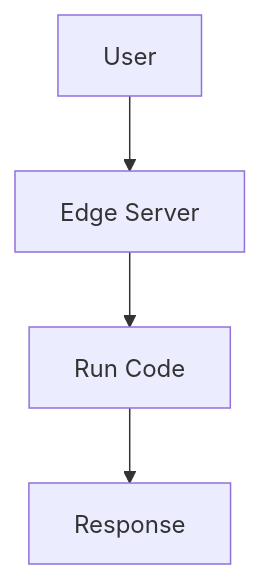
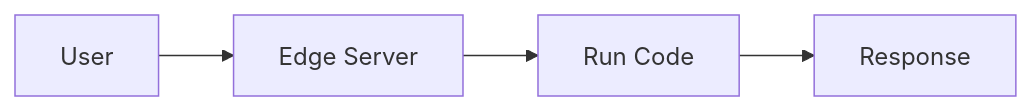
The sixth of 12 diagrams in content/articles/capitulo-1.md (AlexJYad/F5-web-knowledge), drawn with Mermaid before and after one commit. The commit also changed other lines of this file, not shown here.

Commit message:
fix: md 1.1 mermaid SPA/SSR/SSG

````diff
--- a/content/articles/capitulo-1.md
+++ b/content/articles/capitulo-1.md
@@ -246,9 +246,9 @@
 ```mermaid
-flowchart
-Run[Run Code]
-Edge[Edge Server]
+flowchart LR
+   Run[Run Code]
+   Edge[Edge Server]
 
-User --> Edge
-Edge --> Run
-Run --> Response
+   User --> Edge
+   Edge --> Run
+   Run --> Response
 ```
````
